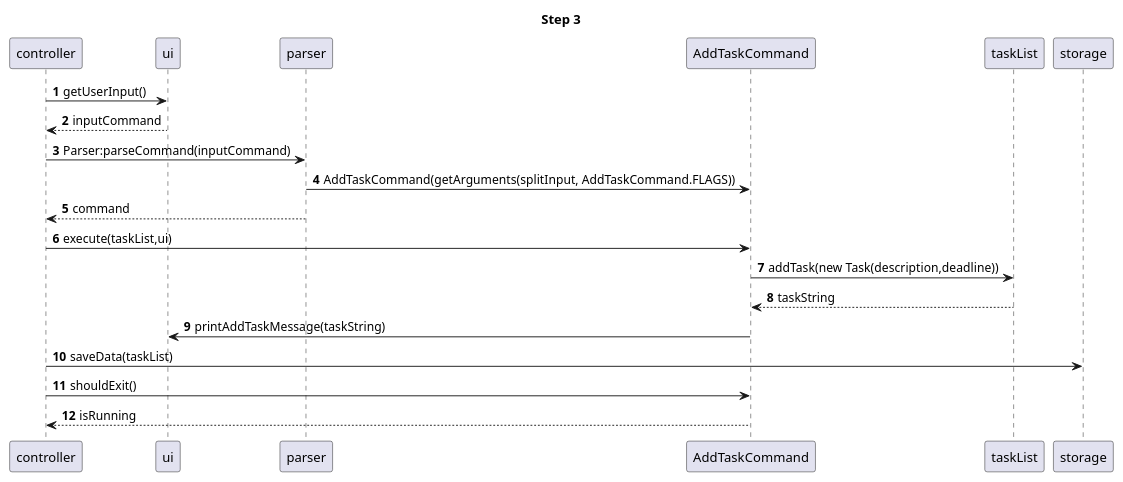
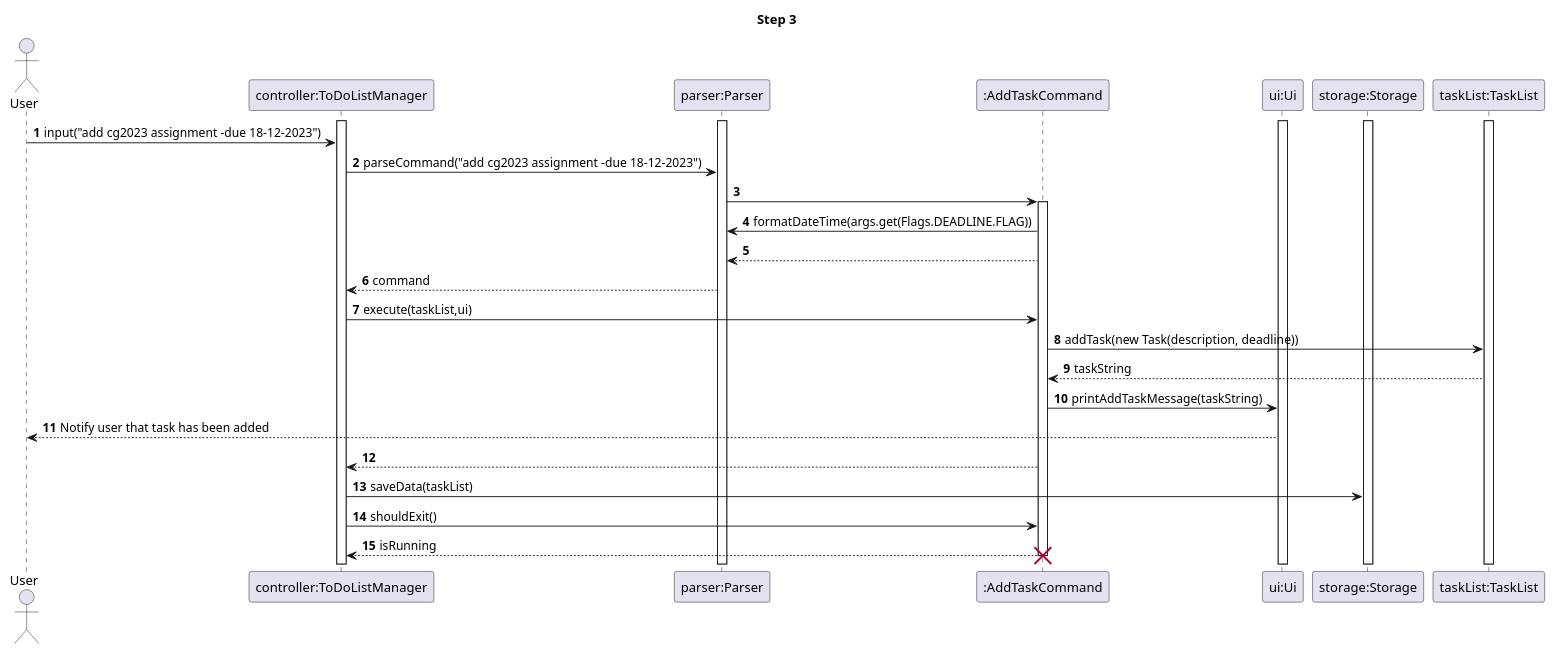
The diagram in docs/diagrams/StorageSequenceDiagramStep3.puml (nus-cs2113-AY2223S2/tp), drawn with PlantUML before and after one commit. The commit also changed 9 other files, not shown here.

Commit message:
Update developer guide and sequence diagrams and delete unnecessary file

```diff
--- a/docs/diagrams/StorageSequenceDiagramStep3.puml
+++ b/docs/diagrams/StorageSequenceDiagramStep3.puml
@@ -1,18 +1,40 @@
 @startuml
 'https://plantuml.com/sequence-diagram
 
 autonumber
+
+actor User
+participant "controller:ToDoListManager" as ToDoListManager
+participant "parser:Parser" as Parser
+participant ":AddTaskCommand" as AddTaskCommand
+participant "ui:Ui" as Ui
+participant "storage:Storage" as Storage
+participant "taskList:TaskList" as TaskList
+
 title Step 3
-controller -> ui:getUserInput()
-controller <-- ui:inputCommand
-controller -> parser:Parser:parseCommand(inputCommand)
-parser -> AddTaskCommand:AddTaskCommand(getArguments(splitInput, AddTaskCommand.FLAGS))
-controller <-- parser:command
-controller -> AddTaskCommand:execute(taskList,ui)
-AddTaskCommand -> taskList:addTask(new Task(description,deadline))
-AddTaskCommand <-- taskList:taskString
-AddTaskCommand -> ui:printAddTaskMessage(taskString)
-controller -> storage:saveData(taskList)
-controller -> AddTaskCommand:shouldExit()
-controller <-- AddTaskCommand:isRunning
+activate Storage
+activate ToDoListManager
+activate Parser
+activate TaskList
+activate Ui
+User -> ToDoListManager:input("add cg2023 assignment -due 18-12-2023")
+ToDoListManager -> Parser:parseCommand("add cg2023 assignment -due 18-12-2023")
+
+Parser -> AddTaskCommand
+activate AddTaskCommand
+AddTaskCommand -> Parser:formatDateTime(args.get(Flags.DEADLINE.FLAG))
+Parser <-- AddTaskCommand
+ToDoListManager <-- Parser:command
+ToDoListManager -> AddTaskCommand:execute(taskList,ui)
+AddTaskCommand -> TaskList:addTask(new Task(description, deadline))
+AddTaskCommand <-- TaskList:taskString
+AddTaskCommand -> Ui:printAddTaskMessage(taskString)
+Ui --> User:Notify user that task has been added
+ToDoListManager <-- AddTaskCommand
+
+ToDoListManager -> Storage:saveData(taskList)
+ToDoListManager -> AddTaskCommand:shouldExit()
+ToDoListManager <-- AddTaskCommand:isRunning
+destroy AddTaskCommand
+
 @enduml
```
